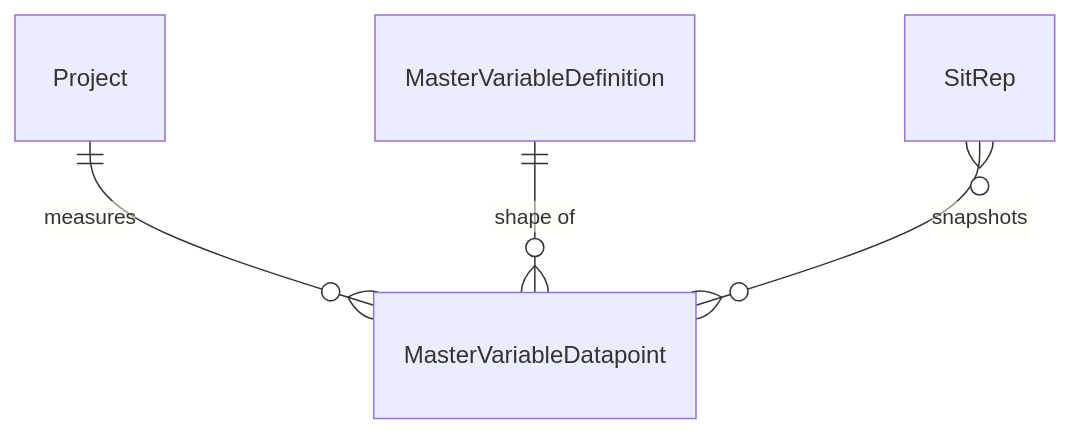
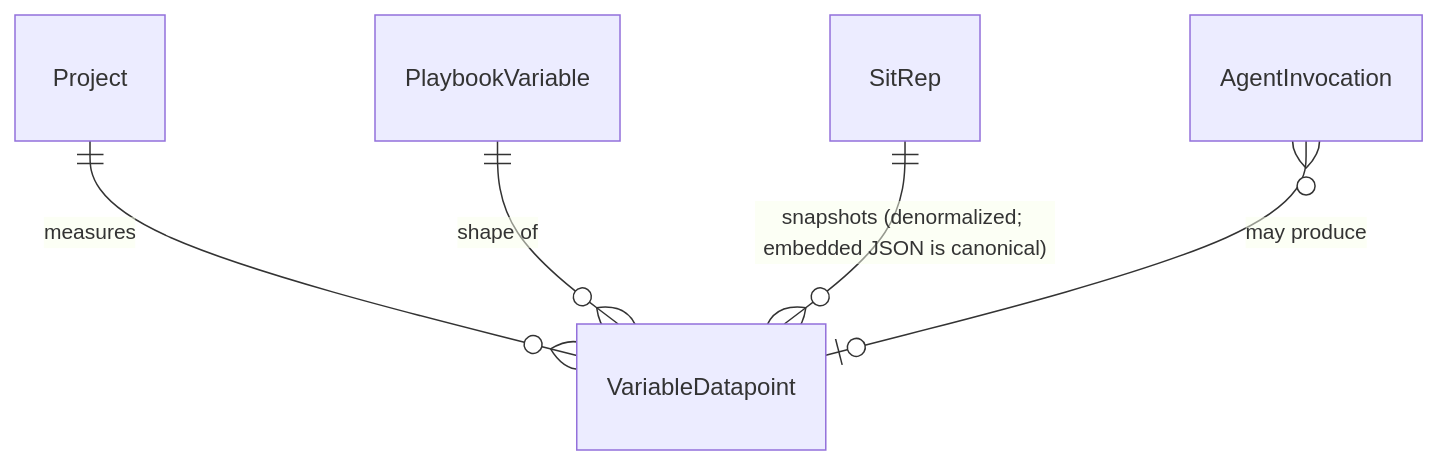
One commit to FeatureFactory-io/huginn changed the fifth of 7 diagrams in docs/ideation/vision.md. Above: the diagram before and after it, drawn with Mermaid. The commit also changed other lines of this file and 13 other files, not shown here.

````diff
--- a/docs/ideation/vision.md
+++ b/docs/ideation/vision.md
@@ -210,6 +232,7 @@
 ```mermaid
 erDiagram
-    Project ||--o{ MasterVariableDatapoint : measures
-    MasterVariableDefinition ||--o{ MasterVariableDatapoint : "shape of"
-    SitRep }o--o{ MasterVariableDatapoint : snapshots
+    Project ||--o{ VariableDatapoint : measures
+    PlaybookVariable ||--o{ VariableDatapoint : "shape of"
+    SitRep ||--o{ VariableDatapoint : "snapshots (denormalized; embedded JSON is canonical)"
+    AgentInvocation }o--o| VariableDatapoint : "may produce"
 ```
````
